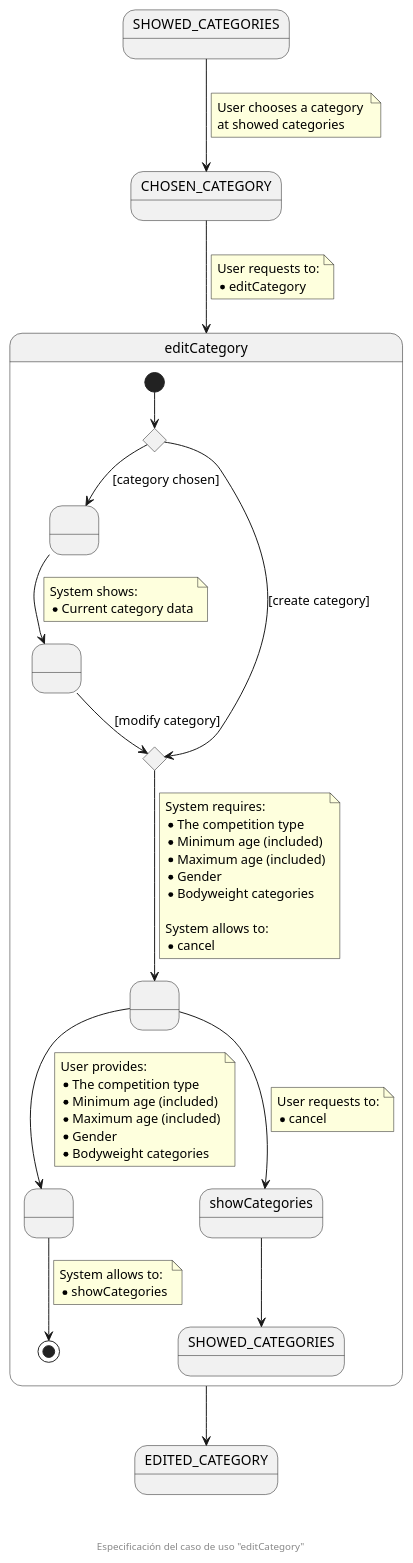
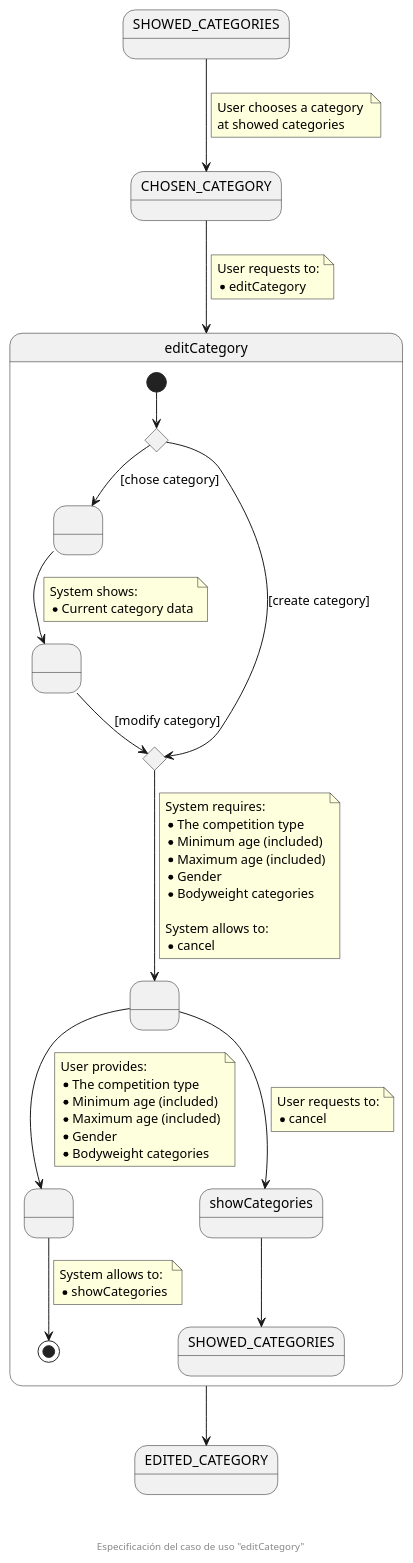
The diagram in documentation/diagrams/1_requirements/3_useCasesSpecification/organizationSecretary/03_editCategory.puml (zuldare/mastercloud_pfm_halterocms), drawn with PlantUML before and after one commit. The commit also changed 5 other files, not shown here.

```diff
--- a/documentation/diagrams/1_requirements/3_useCasesSpecification/organizationSecretary/03_editCategory.puml
+++ b/documentation/diagrams/1_requirements/3_useCasesSpecification/organizationSecretary/03_editCategory.puml
@@ -1,72 +1,72 @@
 @startuml
 state SHOWED_CATEGORIES
 state CHOSEN_CATEGORY
 state editCategory {
   state createOrModifyCHC <<choice>>
   state " " as providedCategory
   state " " as showedData
   state createOrModifyCHC2 <<choice>>
   state " " as pendingData
   state " " as providedData
   [*] --> createOrModifyCHC
-  createOrModifyCHC --> providedCategory : [category chosen]
+  createOrModifyCHC --> providedCategory : [chose category]
   createOrModifyCHC --> createOrModifyCHC2 : [create category]
   providedCategory --> showedData
   note on link
     System shows:
     * Current category data
   end note
   showedData --> createOrModifyCHC2 : [modify category]
   createOrModifyCHC2 --> pendingData
   note on link
     System requires:
     * The competition type
     * Minimum age (included)
     * Maximum age (included)
     * Gender
     * Bodyweight categories
 
     System allows to:
     * cancel
   end note
   pendingData --> showCategories
   note on link
     User requests to:
     * cancel
   end note
   showCategories --> SHOWED_CATEGORIES_F
   pendingData --> providedData
   note on link
     User provides:
     * The competition type
     * Minimum age (included)
     * Maximum age (included)
     * Gender
     * Bodyweight categories
   end note
   providedData --> [*]
   note on link
     System allows to:
     * showCategories
   end note
 }
 state EDITED_CATEGORY
 state showCategories
 state "SHOWED_CATEGORIES" as SHOWED_CATEGORIES_F
 
 SHOWED_CATEGORIES --> CHOSEN_CATEGORY
 note on link
   User chooses a category 
   at showed categories
 end note
 
 CHOSEN_CATEGORY --> editCategory
 note on link
   User requests to:
   * editCategory
 end note
 
 editCategory --> EDITED_CATEGORY
 
 footer \n\n\n Especificación del caso de uso "editCategory"
 @enduml
```
